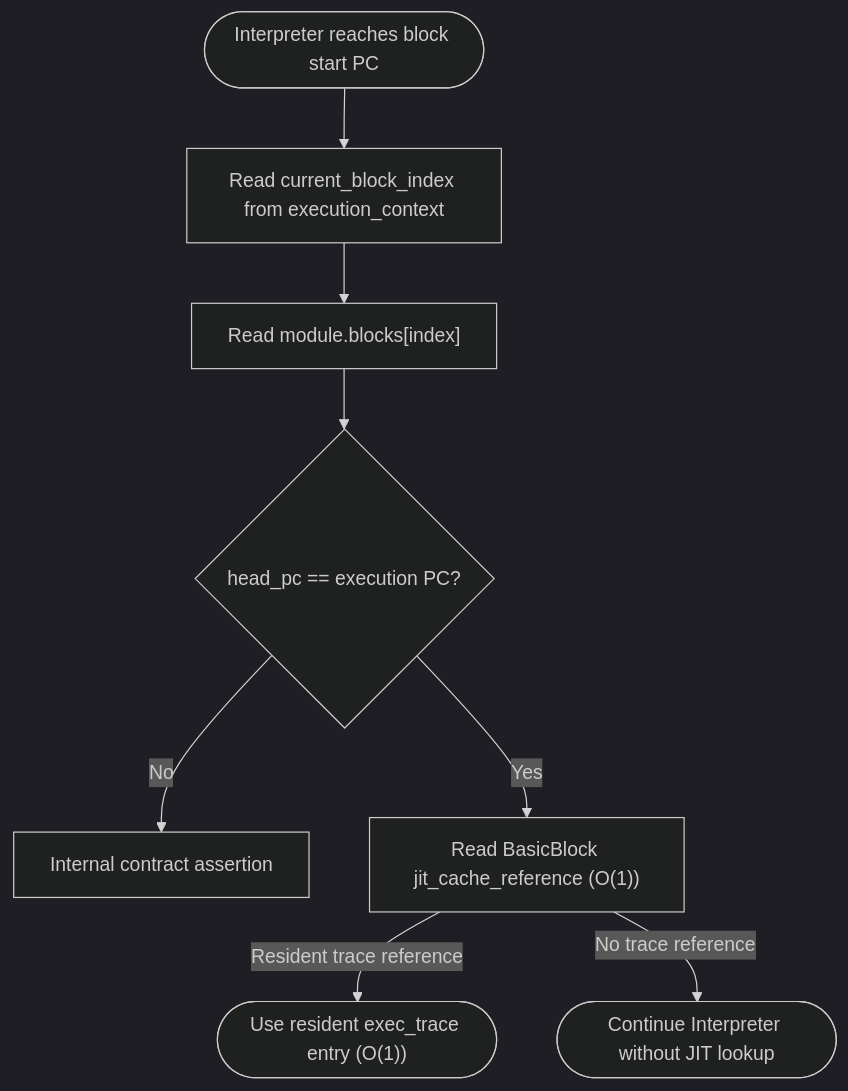
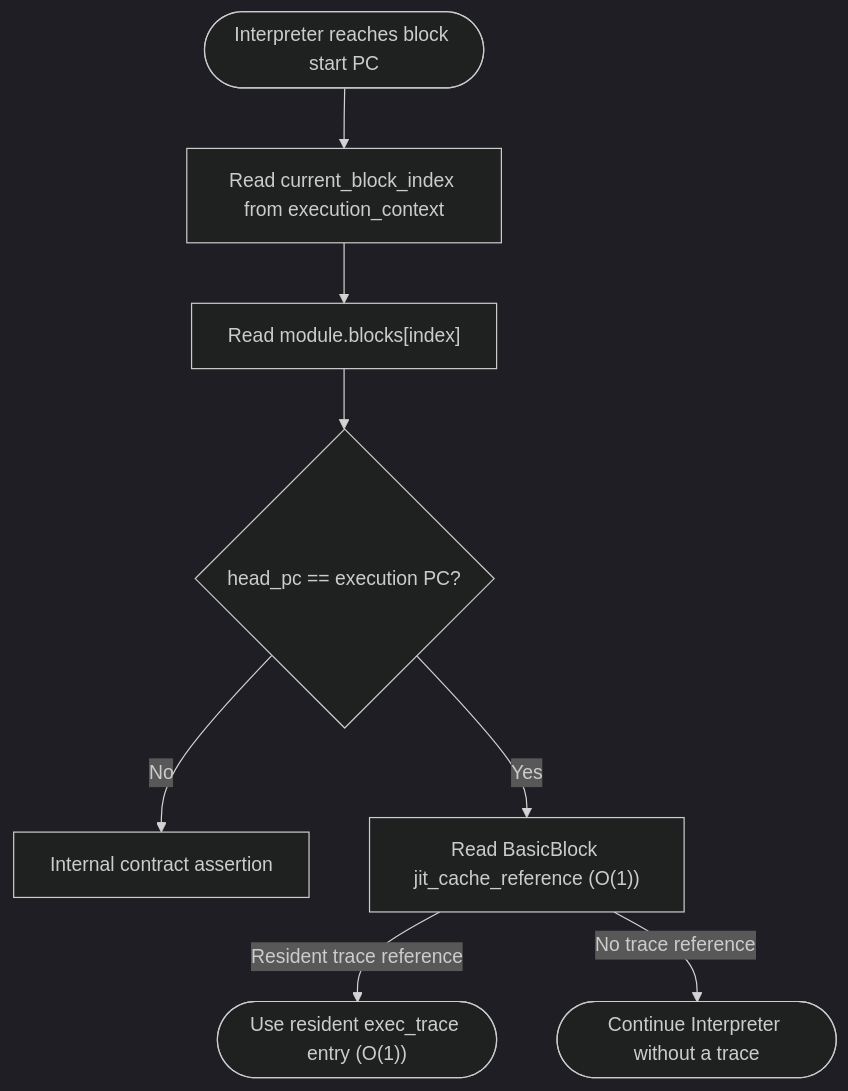
The third of 6 diagrams in docs/components/tier3_plugins/jit_runtime.md (kmt-t/fireball), drawn with Mermaid (dark theme) before and after one commit. The commit also changed other lines of this file and 21 other files, not shown here.

First line of the commit message:
perf(jit): read the trace header from a slot table and count roots in the prologue

````diff
--- a/docs/components/tier3_plugins/jit_runtime.md
+++ b/docs/components/tier3_plugins/jit_runtime.md
@@ -233,10 +233,10 @@
 ```mermaid
 flowchart TD
     Start(["Interpreter reaches block start PC"]) --> Context["Read current_block_index from execution_context"]
     Context --> Metadata["Read module.blocks[index]"]
     Metadata --> Validate{"head_pc == execution PC?"}
     Validate -->|"No"| Assert["Internal contract assertion"]
     Validate -->|"Yes"| ReadRef["Read BasicBlock jit_cache_reference (O(1))"]
     ReadRef -->|"Resident trace reference"| ReturnTrace(["Use resident exec_trace entry (O(1))"])
-    ReadRef -->|"No trace reference"| ExitInterp(["Continue Interpreter without JIT lookup"])
+    ReadRef -->|"No trace reference"| ExitInterp(["Continue Interpreter without a trace"])
 ```
````
